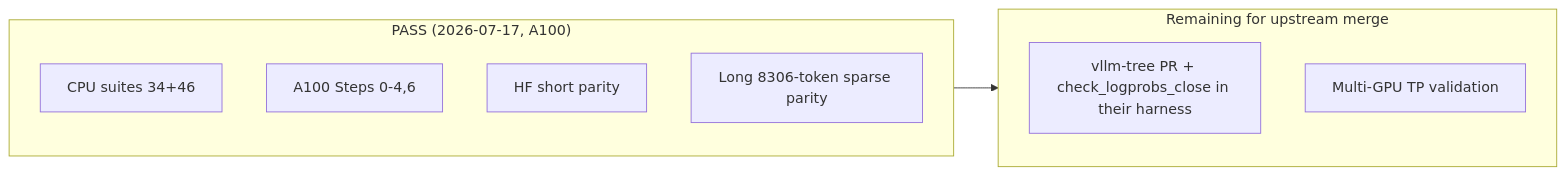
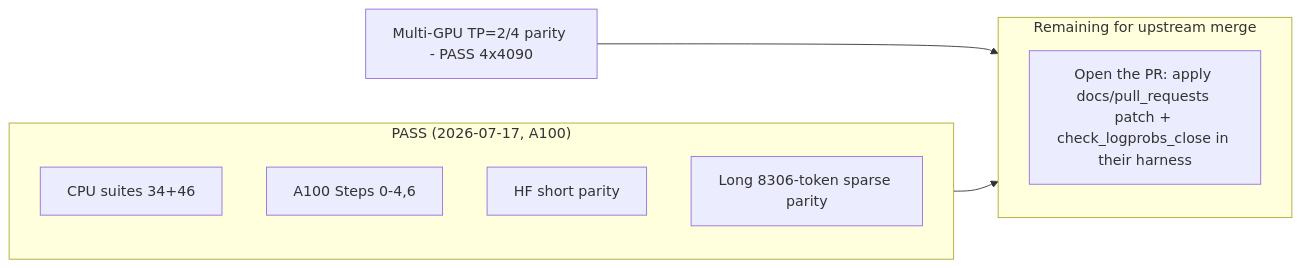
Before and after one commit to ArchanaChetan07/vLLM-HybridAttn: the fourth of 8 diagrams in README.md, drawn with Mermaid. The commit also changed 3 other files, not shown here.

First line of the commit message:
docs: multi-GPU TP validation PASS (4x RTX 4090) -- evidence committed

````diff
--- a/README.md
+++ b/README.md
@@ -115,14 +115,14 @@
 ```mermaid
 flowchart LR
   subgraph Pass["PASS (2026-07-17, A100)"]
     A[CPU suites 34+46]
     C[A100 Steps 0-4,6]
     D[HF short parity]
     E[Long 8306-token sparse parity]
   end
   subgraph Next["Remaining for upstream merge"]
-    F[vllm-tree PR + check_logprobs_close in their harness]
-    G[Multi-GPU TP validation]
+    F[Open the PR: apply docs/pull_requests patch + check_logprobs_close in their harness]
   end
+  H[Multi-GPU TP=2/4 parity - PASS 4x4090] --> Next
   Pass --> Next
 ```
````
